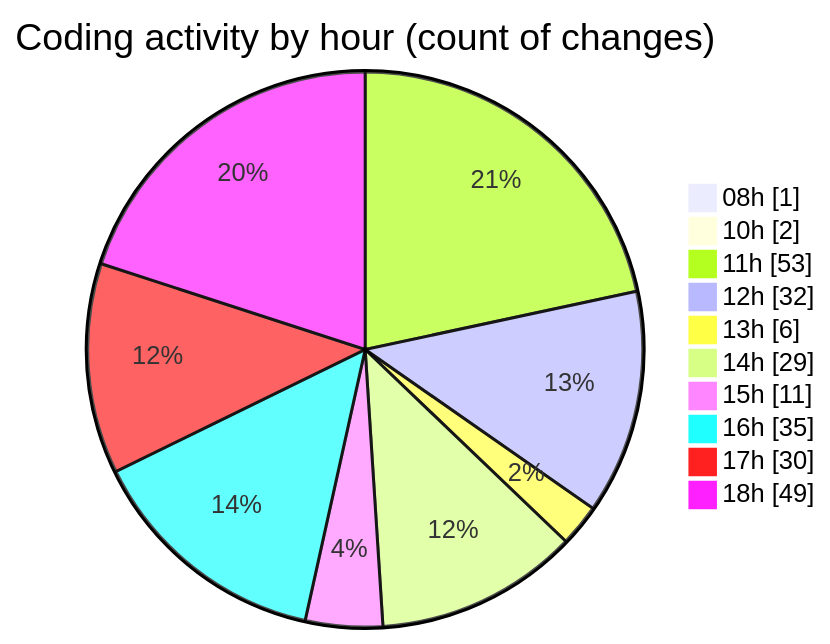
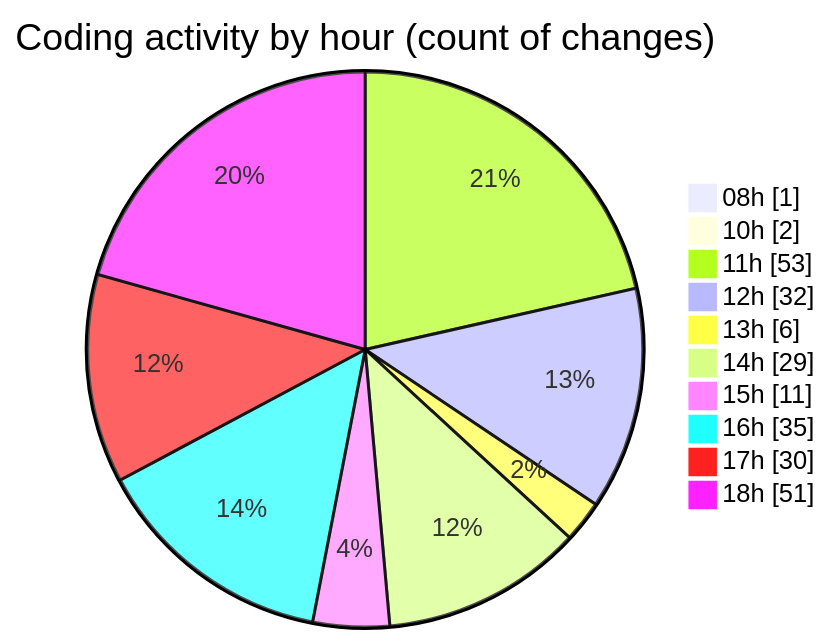
One commit to momahboobian/code-tracking changed the second of 2 diagrams in 2025-07-03/cda/README.md. Above: the diagram before and after it, drawn with Mermaid. The commit also changed other lines of this file and 1 other file, not shown here.

````diff
--- a/2025-07-03/cda/README.md
+++ b/2025-07-03/cda/README.md
@@ -60,14 +61,14 @@
 ```mermaid
 pie showData
 title Coding activity by hour (count of changes)
 "08h" : 1
 "10h" : 2
 "11h" : 53
 "12h" : 32
 "13h" : 6
 "14h" : 29
 "15h" : 11
 "16h" : 35
 "17h" : 30
-"18h" : 49
+"18h" : 51
 ```
````
